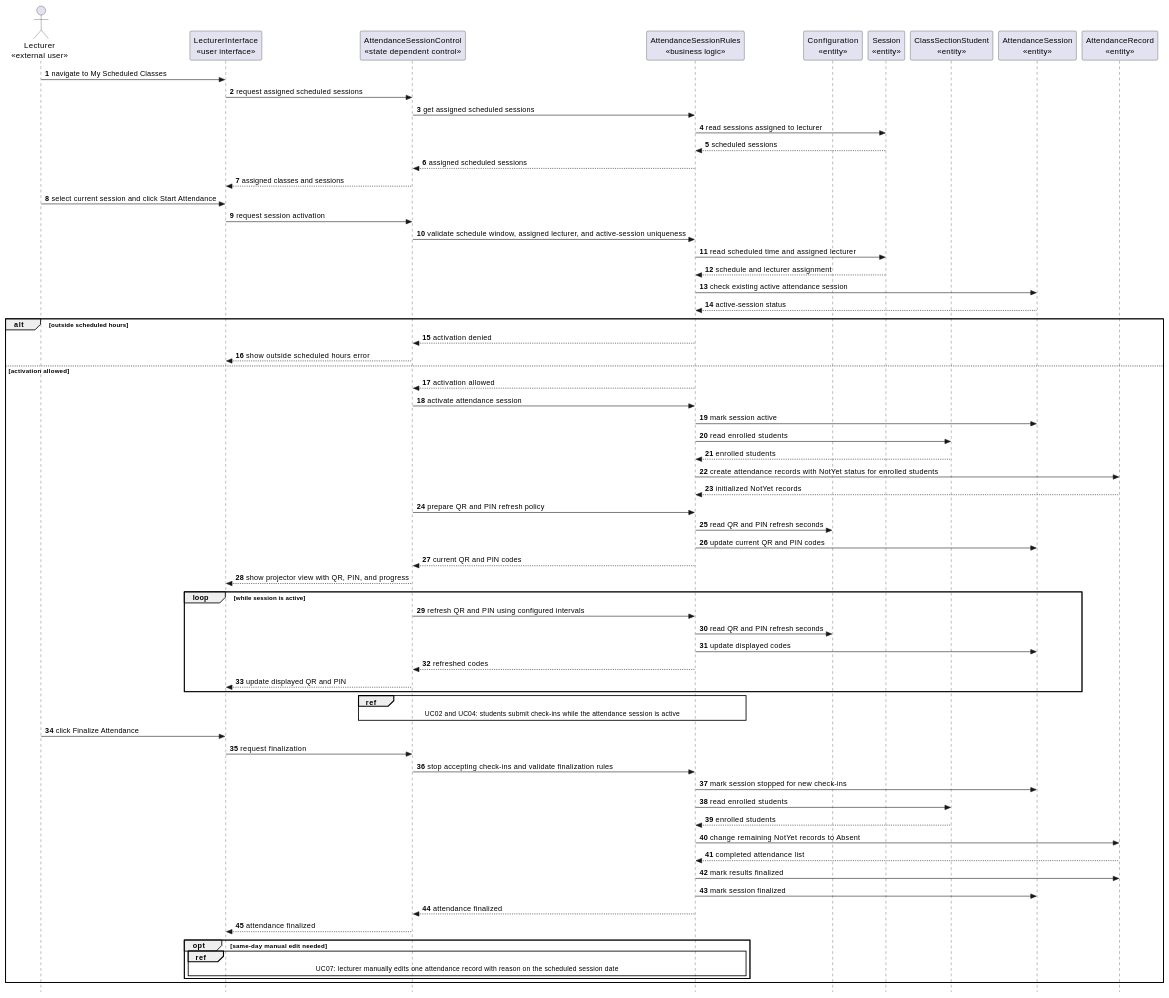
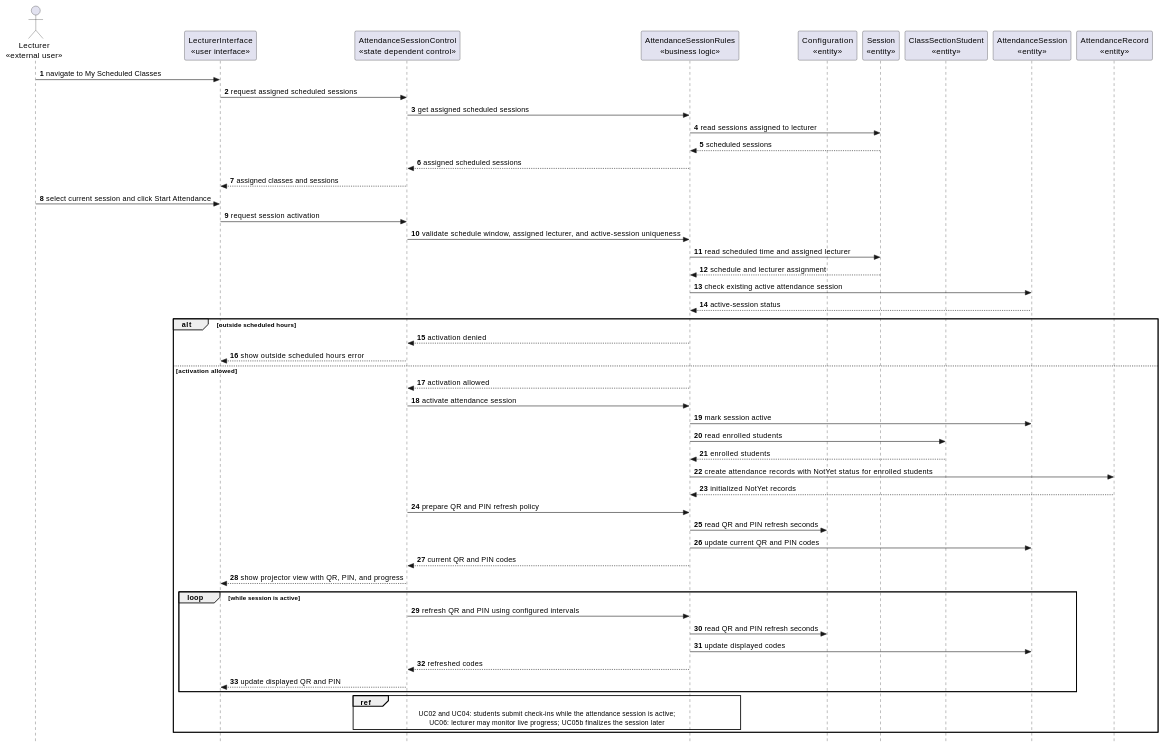
Diagram 15 of 34 in docs/rds/2_Analysis.md (nttung42/SWD392), drawn with PlantUML before and after one commit. The commit also changed other lines of this file and 59 other files, not shown here.

````diff
--- a/docs/rds/2_Analysis.md
+++ b/docs/rds/2_Analysis.md
@@ -675,79 +689,61 @@
 ```plantuml
 @startuml
 skinparam style strictuml
 autonumber
 actor "Lecturer\n«external user»" as Lecturer
 participant "LecturerInterface\n«user interface»" as LecturerUI
 participant "AttendanceSessionControl\n«state dependent control»" as SessionControl
 participant "AttendanceSessionRules\n«business logic»" as SessionRules
 participant "Configuration\n«entity»" as Configuration
 participant "Session\n«entity»" as Session
 participant "ClassSectionStudent\n«entity»" as ClassSectionStudent
 participant "AttendanceSession\n«entity»" as AttendanceSession
 participant "AttendanceRecord\n«entity»" as AttendanceRecord
 
 Lecturer -> LecturerUI : navigate to My Scheduled Classes
 LecturerUI -> SessionControl : request assigned scheduled sessions
 SessionControl -> SessionRules : get assigned scheduled sessions
 SessionRules -> Session : read sessions assigned to lecturer
 Session --> SessionRules : scheduled sessions
 SessionRules --> SessionControl : assigned scheduled sessions
 SessionControl --> LecturerUI : assigned classes and sessions
 Lecturer -> LecturerUI : select current session and click Start Attendance
 LecturerUI -> SessionControl : request session activation
 SessionControl -> SessionRules : validate schedule window, assigned lecturer, and active-session uniqueness
 SessionRules -> Session : read scheduled time and assigned lecturer
 Session --> SessionRules : schedule and lecturer assignment
 SessionRules -> AttendanceSession : check existing active attendance session
 AttendanceSession --> SessionRules : active-session status
 
 alt outside scheduled hours
   SessionRules --> SessionControl : activation denied
   SessionControl --> LecturerUI : show outside scheduled hours error
 else activation allowed
   SessionRules --> SessionControl : activation allowed
   SessionControl -> SessionRules : activate attendance session
   SessionRules -> AttendanceSession : mark session active
   SessionRules -> ClassSectionStudent : read enrolled students
   ClassSectionStudent --> SessionRules : enrolled students
   SessionRules -> AttendanceRecord : create attendance records with NotYet status for enrolled students
   AttendanceRecord --> SessionRules : initialized NotYet records
   SessionControl -> SessionRules : prepare QR and PIN refresh policy
   SessionRules -> Configuration : read QR and PIN refresh seconds
   SessionRules -> AttendanceSession : update current QR and PIN codes
   SessionRules --> SessionControl : current QR and PIN codes
   SessionControl --> LecturerUI : show projector view with QR, PIN, and progress
 
   loop while session is active
     SessionControl -> SessionRules : refresh QR and PIN using configured intervals
     SessionRules -> Configuration : read QR and PIN refresh seconds
     SessionRules -> AttendanceSession : update displayed codes
     SessionRules --> SessionControl : refreshed codes
     SessionControl --> LecturerUI : update displayed QR and PIN
   end
 
   ref over SessionControl, SessionRules
-    UC02 and UC04: students submit check-ins while the attendance session is active
-  end
-
-  Lecturer -> LecturerUI : click Finalize Attendance
-  LecturerUI -> SessionControl : request finalization
-  SessionControl -> SessionRules : stop accepting check-ins and validate finalization rules
-  SessionRules -> AttendanceSession : mark session stopped for new check-ins
-  SessionRules -> ClassSectionStudent : read enrolled students
-  ClassSectionStudent --> SessionRules : enrolled students
-  SessionRules -> AttendanceRecord : change remaining NotYet records to Absent
-  AttendanceRecord --> SessionRules : completed attendance list
-  SessionRules -> AttendanceRecord : mark results finalized
-  SessionRules -> AttendanceSession : mark session finalized
-  SessionRules --> SessionControl : attendance finalized
-  SessionControl --> LecturerUI : attendance finalized
-
-  opt same-day manual edit needed
-    ref over LecturerUI, SessionControl, SessionRules
-      UC07: lecturer manually edits one attendance record with reason on the scheduled session date
-    end
-  end
+    UC02 and UC04: students submit check-ins while the attendance session is active;
+    UC06: lecturer may monitor live progress; UC05b finalizes the session later
+  end ref
 end
 @enduml
 ```
````
